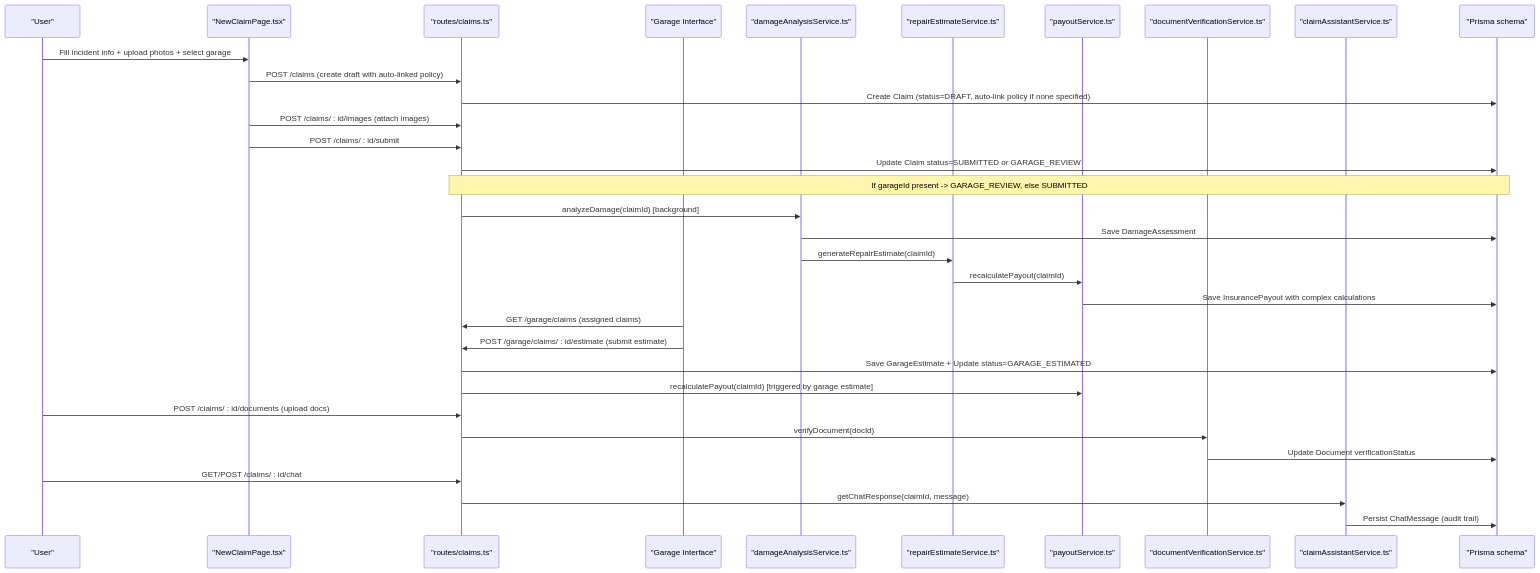
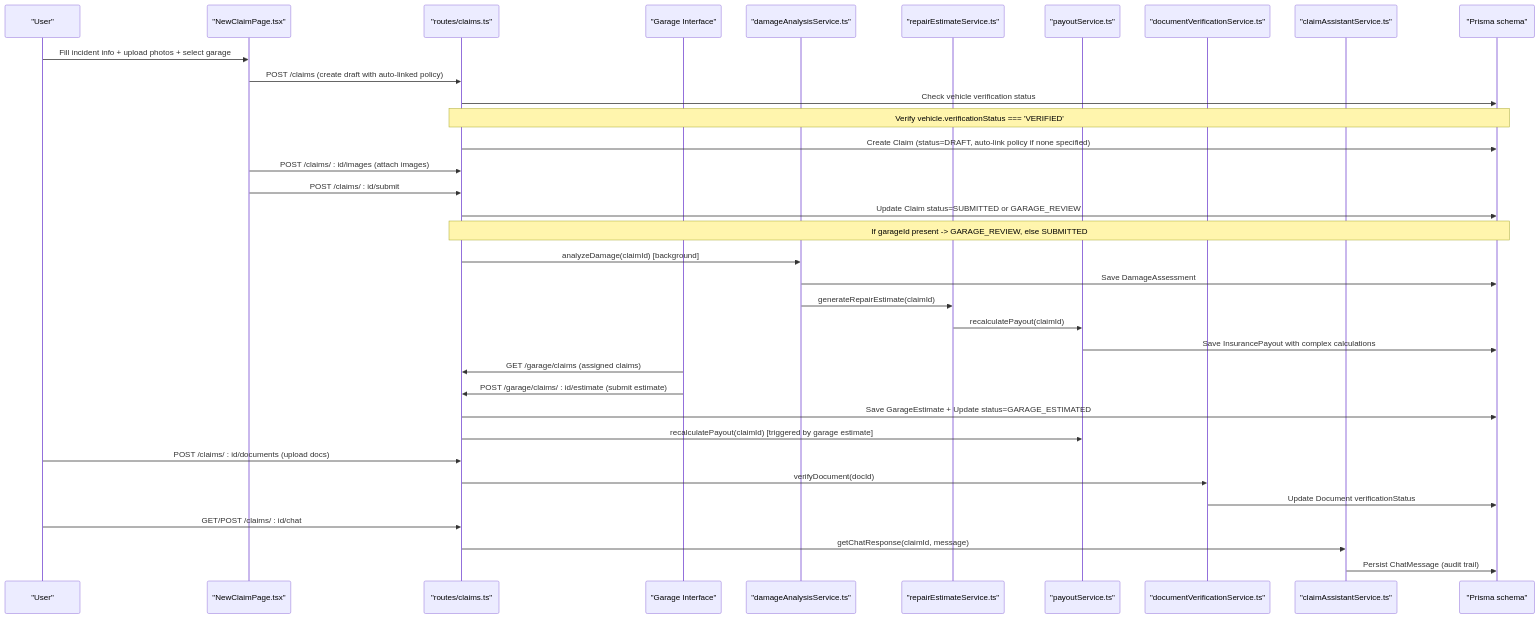
The second of 16 diagrams in .qoder/repowiki/en/content/Business Logic Layer/Claims Processing Workflow.md (NaveenHiranya/Smart-Vehicle-Insurance-Claim-System), drawn with Mermaid before and after one commit. The commit also changed other lines of this file and 21 other files, not shown here.

````diff
--- a/.qoder/repowiki/en/content/Business Logic Layer/Claims Processing Workflow.md
+++ b/.qoder/repowiki/en/content/Business Logic Layer/Claims Processing Workflow.md
@@ -135,35 +139,37 @@
 ```mermaid
 sequenceDiagram
 participant User as "User"
 participant FE as "NewClaimPage.tsx"
 participant API as "routes/claims.ts"
 participant Garage as "Garage Interface"
 participant DAM as "damageAnalysisService.ts"
 participant EST as "repairEstimateService.ts"
 participant PAYOUT as "payoutService.ts"
 participant DOC as "documentVerificationService.ts"
 participant ASS as "claimAssistantService.ts"
 participant DB as "Prisma schema"
 User->>FE : Fill incident info + upload photos + select garage
 FE->>API : POST /claims (create draft with auto-linked policy)
+API->>DB : Check vehicle verification status
+Note over API,DB : Verify vehicle.verificationStatus === 'VERIFIED'
 API->>DB : Create Claim (status=DRAFT, auto-link policy if none specified)
 FE->>API : POST /claims/ : id/images (attach images)
 FE->>API : POST /claims/ : id/submit
 API->>DB : Update Claim status=SUBMITTED or GARAGE_REVIEW
 Note over API,DB : If garageId present -> GARAGE_REVIEW, else SUBMITTED
 API->>DAM : analyzeDamage(claimId) [background]
 DAM->>DB : Save DamageAssessment
 DAM->>EST : generateRepairEstimate(claimId)
 EST->>PAYOUT : recalculatePayout(claimId)
 PAYOUT->>DB : Save InsurancePayout with complex calculations
 Garage->>API : GET /garage/claims (assigned claims)
 Garage->>API : POST /garage/claims/ : id/estimate (submit estimate)
 API->>DB : Save GarageEstimate + Update status=GARAGE_ESTIMATED
 API->>PAYOUT : recalculatePayout(claimId) [triggered by garage estimate]
 User->>API : POST /claims/ : id/documents (upload docs)
 API->>DOC : verifyDocument(docId)
 DOC->>DB : Update Document verificationStatus
 User->>API : GET/POST /claims/ : id/chat
 API->>ASS : getChatResponse(claimId, message)
 ASS->>DB : Persist ChatMessage (audit trail)
 ```
````
